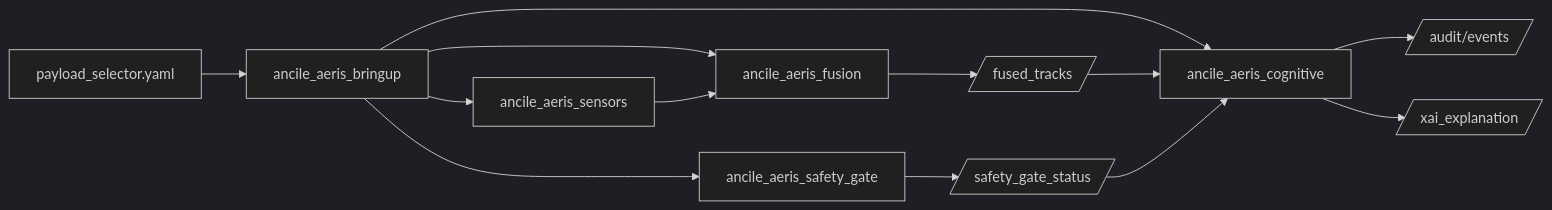
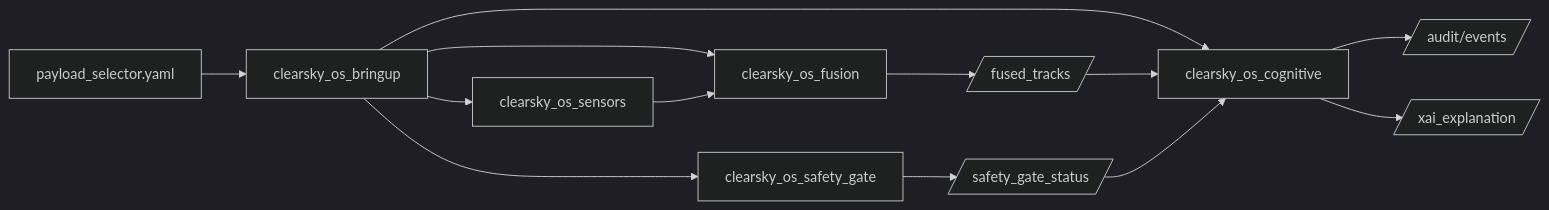
One commit to FratresMedAI/Ancile-Aeris changed the diagram in docs/ARCHITECTURE.md. Above: the diagram before and after it, drawn with Mermaid (dark theme). The commit also changed other lines of this file and 442 other files, not shown here.

First line of the commit message:
Rebrand Ancile Aeris to ClearSky OS across packages and docs.

````diff
--- a/docs/ARCHITECTURE.md
+++ b/docs/ARCHITECTURE.md
@@ -5,15 +5,15 @@
 ```mermaid
 flowchart LR
-  payloadSelector[payload_selector.yaml] --> bringup[ancile_aeris_bringup]
-  bringup --> sensors[ancile_aeris_sensors]
-  bringup --> fusion[ancile_aeris_fusion]
-  bringup --> safetyGate[ancile_aeris_safety_gate]
-  bringup --> cognitiveLayer[ancile_aeris_cognitive]
+  payloadSelector[payload_selector.yaml] --> bringup[clearsky_os_bringup]
+  bringup --> sensors[clearsky_os_sensors]
+  bringup --> fusion[clearsky_os_fusion]
+  bringup --> safetyGate[clearsky_os_safety_gate]
+  bringup --> cognitiveLayer[clearsky_os_cognitive]
   sensors --> fusion
   fusion --> fusedTracks[/fused_tracks/]
   fusedTracks --> cognitiveLayer
   safetyGate --> safetyStatus[/safety_gate_status/]
   safetyStatus --> cognitiveLayer
   cognitiveLayer --> audit[/audit/events/]
   cognitiveLayer --> xai[/xai_explanation/]
 ```
````
